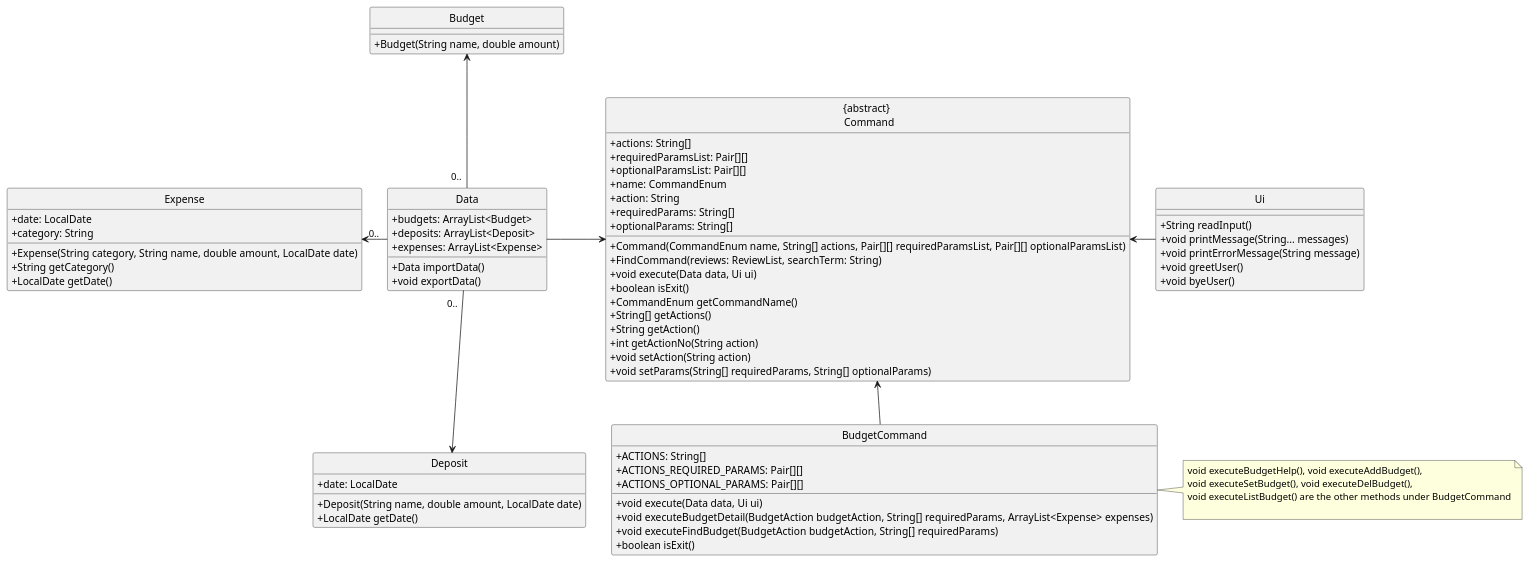
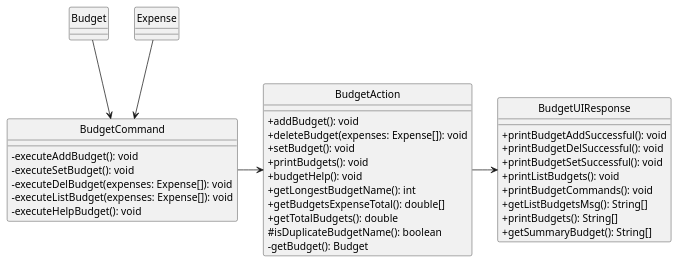
The diagram in docs/diagrams/BudgetCommand.puml (stephenkyang/tp), drawn with PlantUML before and after one commit. The commit also changed 14 other files, not shown here.

Commit message:
Update DG Diagrams

```diff
--- a/docs/diagrams/BudgetCommand.puml
+++ b/docs/diagrams/BudgetCommand.puml
@@ -1,96 +1,50 @@
 @startuml
-
+hide footbox
 hide circle
+skinparam groupInheritance 2
 skinparam classAttributeIconSize 0
 
-class "{abstract} \n Command"  {
-         +actions: String[]
-         +requiredParamsList: Pair[][]
-         +optionalParamsList: Pair[][]
-         +name: CommandEnum
-         +action: String
-         +requiredParams: String[]
-         +optionalParams: String[]
-
-         +Command(CommandEnum name, String[] actions, Pair[][] requiredParamsList, Pair[][] optionalParamsList)
-         +FindCommand(reviews: ReviewList, searchTerm: String)
-         +void execute(Data data, Ui ui)
-         +boolean isExit()
-         +CommandEnum getCommandName()
-            +String[] getActions()
-            +String getAction()
-            +int getActionNo(String action)
-            +void setAction(String action)
-            +void setParams(String[] requiredParams, String[] optionalParams)
-
-}
-
-
-class BudgetCommand {
-    +ACTIONS: String[]
-    +ACTIONS_REQUIRED_PARAMS: Pair[][]
-    +ACTIONS_OPTIONAL_PARAMS: Pair[][]
-     +void execute(Data data, Ui ui)
-     +void executeBudgetDetail(BudgetAction budgetAction, String[] requiredParams, ArrayList<Expense> expenses)
-     +void executeFindBudget(BudgetAction budgetAction, String[] requiredParams)
-     +boolean isExit()
-}
-
-note right
- void executeBudgetHelp(), void executeAddBudget(),
- void executeSetBudget(), void executeDelBudget(),
- void executeListBudget() are the other methods under BudgetCommand
-
-end note
-
-class Data {
-+ budgets: ArrayList<Budget>
-+ deposits: ArrayList<Deposit>
-+ expenses: ArrayList<Expense>
-+ Data importData()
-+ void exportData()
-}
-
-class Ui {
-+ String readInput()
-+ void printMessage(String... messages)
-+ void printErrorMessage(String message)
-+ void greetUser()
-+ void byeUser()
-}
-
 class Budget {
-    +Budget(String name, double amount)
 }
 
 class Expense {
-    +date: LocalDate
-    +category: String
-    +Expense(String category, String name, double amount, LocalDate date)
-    +String getCategory()
-    +LocalDate getDate()
 }
 
-class Deposit {
-    +date: LocalDate
-    +Deposit(String name, double amount, LocalDate date)
-    +LocalDate getDate()
+class BudgetCommand {
+  -executeAddBudget(): void
+  -executeSetBudget(): void
+  -executeDelBudget(expenses: Expense[]): void
+  -executeListBudget(expenses: Expense[]): void
+  -executeHelpBudget(): void
 }
 
+class BudgetAction {
+  +addBudget(): void
+  +deleteBudget(expenses: Expense[]): void
+  +setBudget(): void
+  +printBudgets(): void
+  +budgetHelp(): void
+  +getLongestBudgetName(): int
+  +getBudgetsExpenseTotal(): double[]
+  +getTotalBudgets(): double
+  #isDuplicateBudgetName(): boolean
+  -getBudget(): Budget
+}
 
+class BudgetUIResponse {
+  +printBudgetAddSuccessful(): void
+  +printBudgetDelSuccessful(): void
+  +printBudgetSetSuccessful(): void
+  +printListBudgets(): void
+  +printBudgetCommands(): void
+  +getListBudgetsMsg(): String[]
+  +printBudgets(): String[]
+  +getSummaryBudget(): String[]
+}
 
-
-
-
-"{abstract} \n Command" <-down- BudgetCommand
-"{abstract} \n Command" <-right- Ui
-"{abstract} \n Command" <-left- Data
-
-
-"Budget" <-down-"\n0..  " Data
-"Expense" <-right "0.. "Data
-"Deposit" <-up-"0..  " Data
-
-
+Budget --> BudgetCommand
+Expense --> BudgetCommand
+BudgetCommand -> BudgetAction
+BudgetAction -> BudgetUIResponse
 
 @enduml
```
